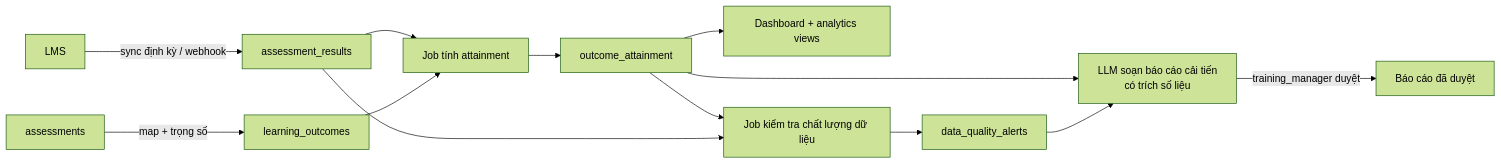
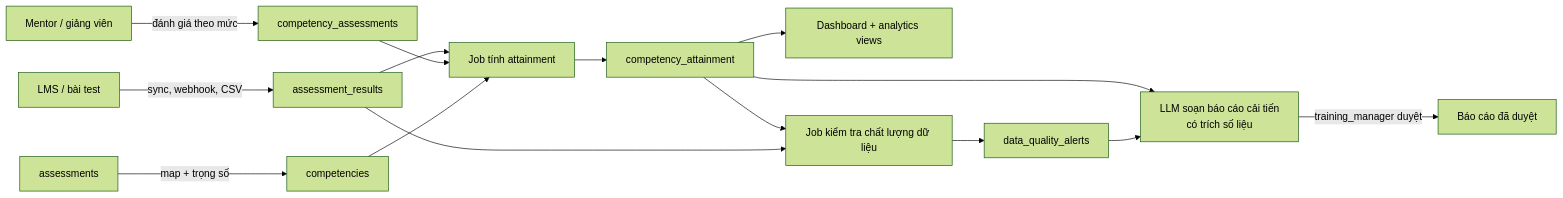
Before and after one commit to Tai-TZ/talent-hub: the fourth of 6 diagrams in docs/02-architecture.md, drawn with Mermaid (forest theme). The commit also changed other lines of this file and 10 other files, not shown here.

First line of the commit message:
docs: định hướng Northwind University làm tổ chức đầu tiên, thiết kế đa tổ chức và mô hình khoá học theo 3+3+6

````diff
--- a/docs/02-architecture.md
+++ b/docs/02-architecture.md
@@ -119,13 +126,15 @@
 ```mermaid
 flowchart LR
-  LMS[LMS] -->|sync định kỳ / webhook| RES[assessment_results]
-  ASM[assessments] -->|map + trọng số| LO[learning_outcomes]
+  LMS[LMS / bài test] -->|sync, webhook, CSV| RES[assessment_results]
+  MEN[Mentor / giảng viên] -->|đánh giá theo mức| CA[competency_assessments]
+  ASM[assessments] -->|map + trọng số| LO[competencies]
   RES --> CALC[Job tính attainment]
+  CA --> CALC
   LO --> CALC
-  CALC --> ATT[outcome_attainment]
+  CALC --> ATT[competency_attainment]
   ATT --> DASH[Dashboard + analytics views]
   ATT & RES --> DQ[Job kiểm tra chất lượng dữ liệu]
   DQ --> ALR[data_quality_alerts]
   ATT & ALR --> REP[LLM soạn báo cáo cải tiến<br/>có trích số liệu]
   REP -->|training_manager duyệt| PUB[Báo cáo đã duyệt]
 ```
````
